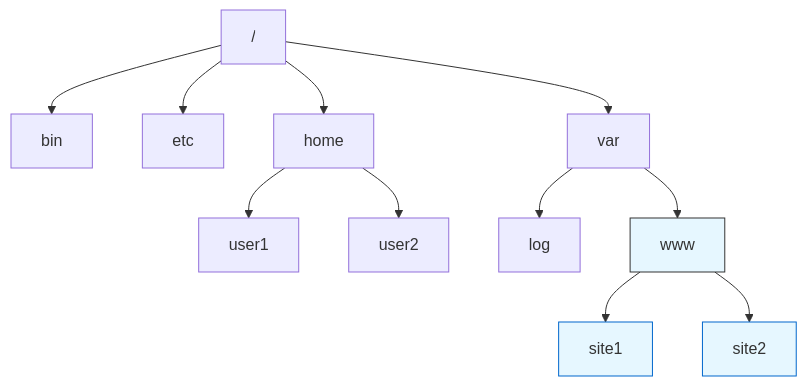
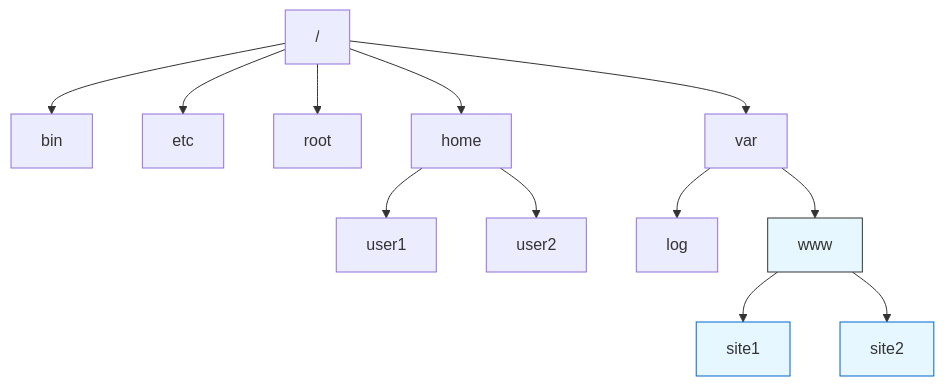
One commit to yuratokazin/gitcube changed the diagram in Linux/README.md. Above: the diagram before and after it, drawn with Mermaid. The commit also changed other lines of this file, not shown here.

Commit message:
Базовые навыки работы в Linux

````diff
--- a/Linux/README.md
+++ b/Linux/README.md
@@ -4,20 +4,21 @@
 ```mermaid
 graph TD
     A["/"]--> B[bin]
     A --> C[etc]
+    A --> R[root]
     A --> D[home] --> U[user1] 
     D --> W[user2]
     A --> E[var]
     E --> F[log]
     E --> G[www]
     G --> H[site1]
     G --> I[site2]
 
     style G fill:#e6f7ff,stroke:#333
     classDef webfolder fill:#e6f7ff,stroke:#0066cc
     class H,I,J webfolder
 
-    click H "http://site1.example.com" "Сайт 1"
-    click I "http://site2.example.com" "Сайт 2"
+    click H "https://developer-software.ru/" "Сайт 1"
+    click I "http://example.com" "Сайт 2"
     click J "http://site3.example.com" "Сайт 3"
 ```
````
